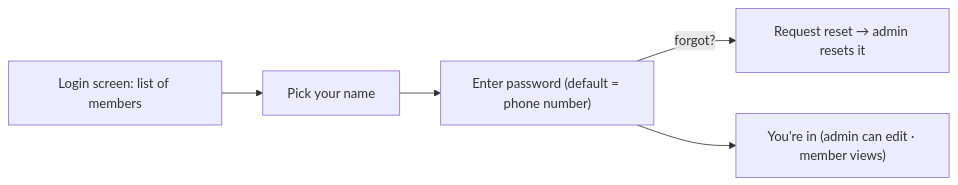
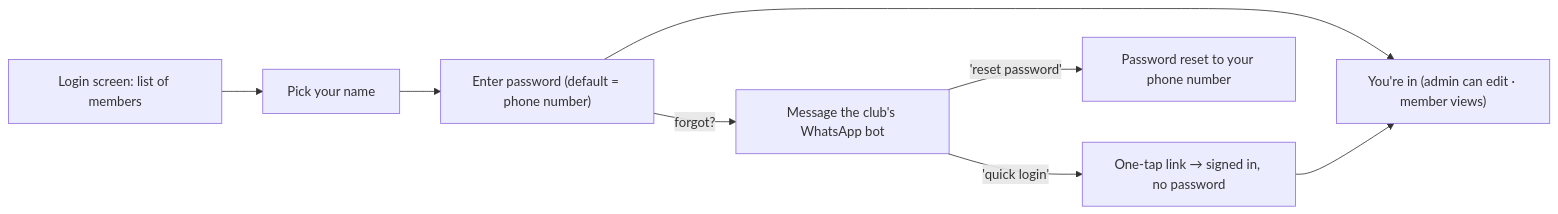
Before and after one commit to iam-hussain/peacock: the third of 13 diagrams in docs/PRODUCT.md, drawn with Mermaid. The commit also changed other lines of this file and 8 other files, not shown here.

First line of the commit message:
WhatsApp self-service: password reset + passwordless quick login

````diff
--- a/docs/PRODUCT.md
+++ b/docs/PRODUCT.md
@@ -118,7 +128,10 @@
 ```mermaid
 flowchart LR
   L["Login screen: list of members"] --> PICK["Pick your name"]
   PICK --> PW["Enter password (default = phone number)"]
-  PW -->|forgot?| REQ["Request reset → admin resets it"]
+  PW -->|forgot?| WA["Message the club's WhatsApp bot"]
+  WA -->|"'quick login'"| LINK["One-tap link → signed in, no password"]
+  WA -->|"'reset password'"| RESET["Password reset to your phone number"]
   PW --> IN["You're in (admin can edit · member views)"]
+  LINK --> IN
 ```
````
